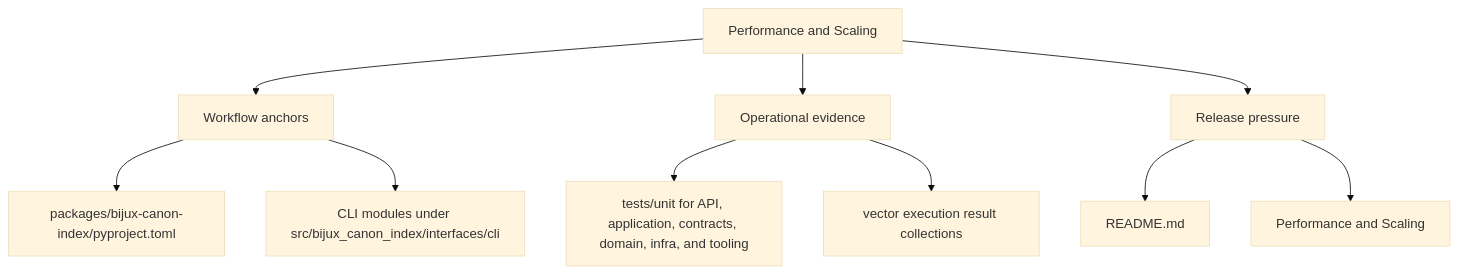
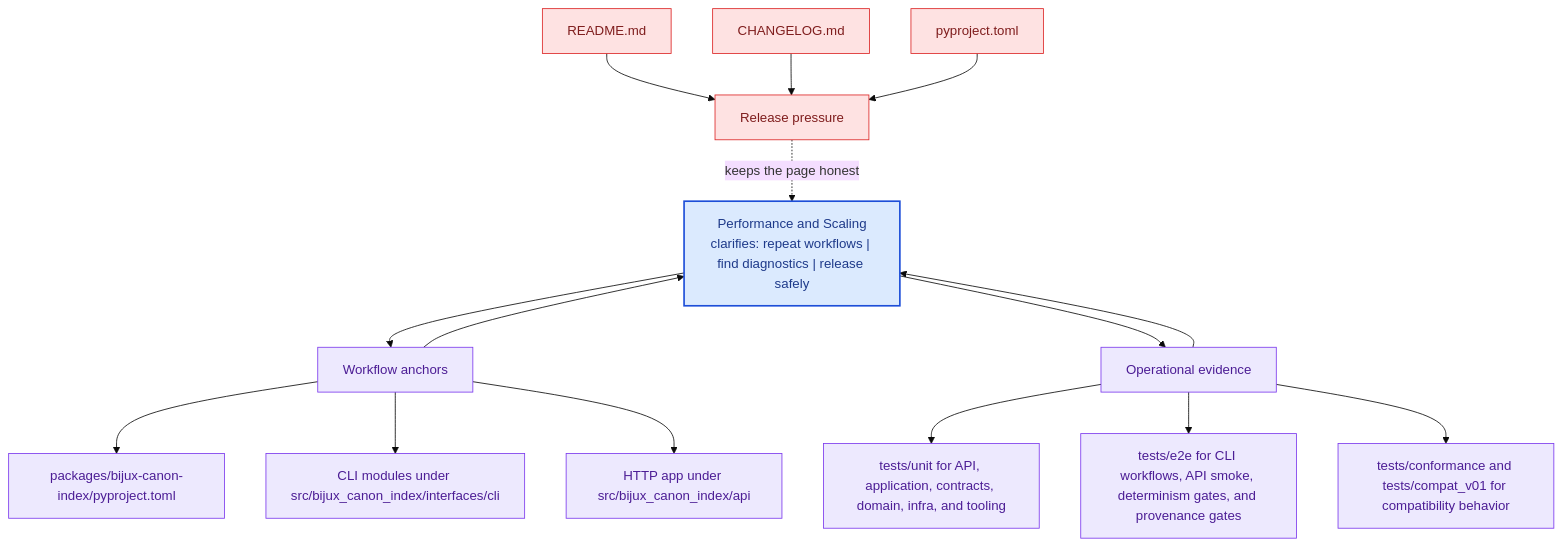
One commit to bijux/bijux-canon changed the second of 2 diagrams in docs/bijux-canon-index/operations/performance-and-scaling.md. Above: the diagram before and after it, drawn with Mermaid (base theme). The commit also changed other lines of this file and 281 other files, not shown here.

Commit message:
docs(diagrams): deepen handbook mermaid maps across the catalog

````diff
--- a/docs/bijux-canon-index/operations/performance-and-scaling.md
+++ b/docs/bijux-canon-index/operations/performance-and-scaling.md
@@ -34,22 +67,41 @@
 ```mermaid
-flowchart TD
-    page["Performance and Scaling"]
+flowchart TB
+    promise["Performance and Scaling<br/>clarifies: repeat workflows | find diagnostics | release safely"]
+    classDef promise fill:#dbeafe,stroke:#1d4ed8,color:#1e3a8a,stroke-width:2px;
+    classDef driver fill:#dcfce7,stroke:#16a34a,color:#14532d;
+    classDef constraint fill:#fee2e2,stroke:#dc2626,color:#7f1d1d;
+    classDef ground fill:#ede9fe,stroke:#7c3aed,color:#4c1d95;
     focus1["Workflow anchors"]
-    page --> focus1
+    focus1 --> promise
+    promise --> focus1
     focus1_1["packages/bijux-canon-index/pyproject.toml"]
     focus1 --> focus1_1
     focus1_2["CLI modules under src/bijux_canon_index/interfaces/cli"]
     focus1 --> focus1_2
+    focus1_3["HTTP app under src/bijux_canon_index/api"]
+    focus1 --> focus1_3
+    class focus1 ground;
+    class focus1_1,focus1_2,focus1_3 ground;
     focus2["Operational evidence"]
-    page --> focus2
+    focus2 --> promise
+    promise --> focus2
     focus2_1["tests/unit for API, application, contracts, domain, infra, and tooling"]
     focus2 --> focus2_1
-    focus2_2["vector execution result collections"]
+    focus2_2["tests/e2e for CLI workflows, API smoke, determinism gates, and provenance gates"]
     focus2 --> focus2_2
+    focus2_3["tests/conformance and tests/compat_v01 for compatibility behavior"]
+    focus2 --> focus2_3
+    class focus2 ground;
+    class focus2_1,focus2_2,focus2_3 ground;
     focus3["Release pressure"]
-    page --> focus3
+    focus3 -.keeps the page honest.-> promise
     focus3_1["README.md"]
-    focus3 --> focus3_1
-    focus3_2["Performance and Scaling"]
-    focus3 --> focus3_2
+    focus3_1 --> focus3
+    focus3_2["CHANGELOG.md"]
+    focus3_2 --> focus3
+    focus3_3["pyproject.toml"]
+    focus3_3 --> focus3
+    class focus3 constraint;
+    class focus3_1,focus3_2,focus3_3 constraint;
+    class promise promise;
 ```
````
